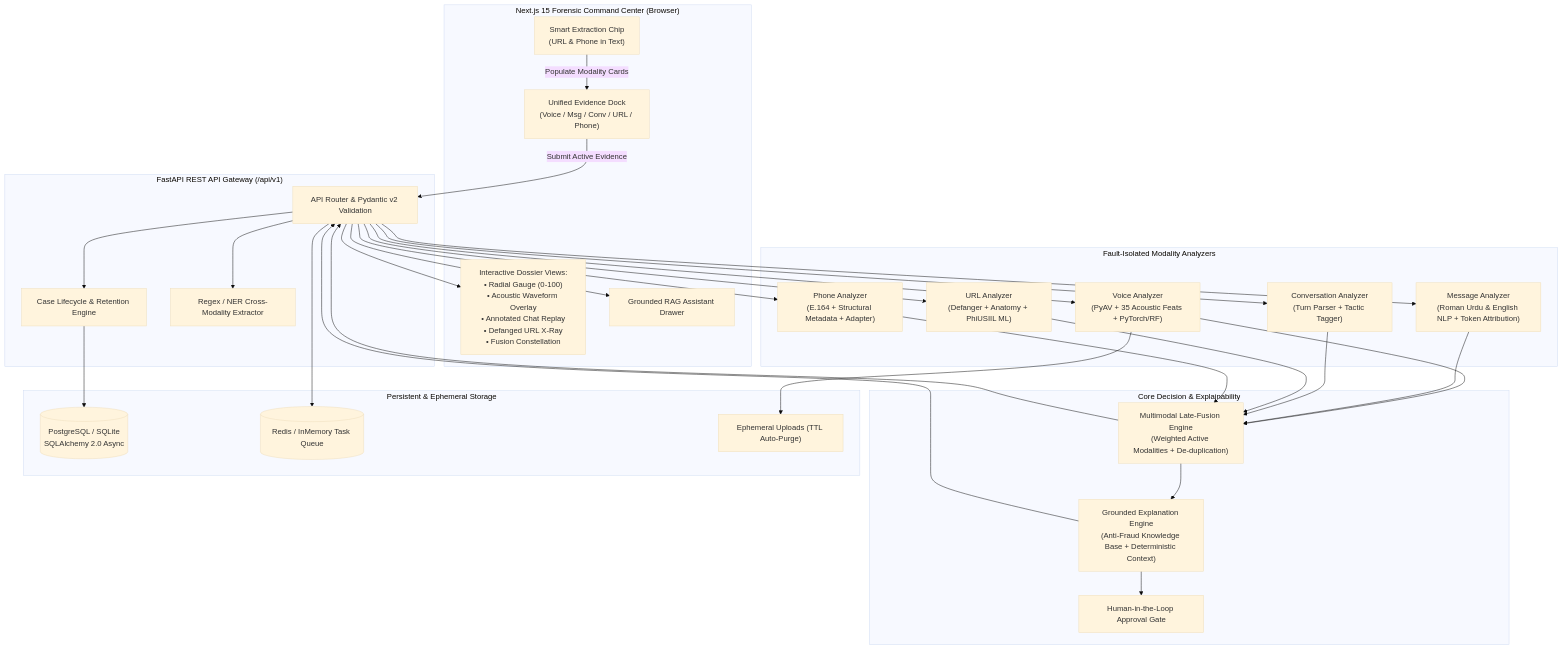
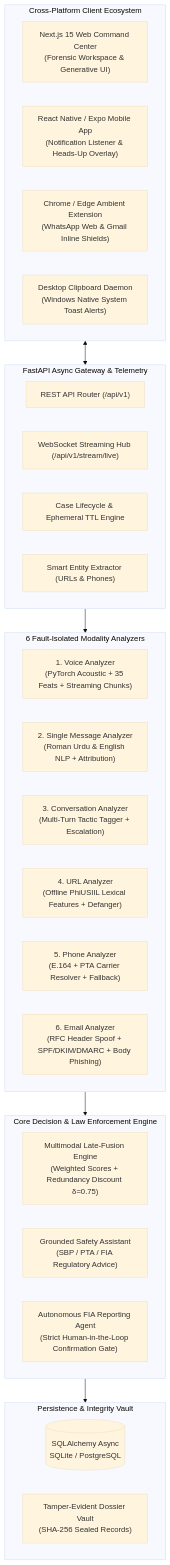
One commit to maryam441/Multimodal-Impersonation-and-Fraud-Analyzer changed the first of 2 diagrams in docs/ARCHITECTURE.md. Above: the diagram before and after it, drawn with Mermaid (base theme). The commit also changed other lines of this file, not shown here.

Commit message:
feat(arch): M01 technical architecture, websocket streaming protocol, and 6-modality pipeline

````diff
--- a/docs/ARCHITECTURE.md
+++ b/docs/ARCHITECTURE.md
@@ -26,51 +15,41 @@
 ```mermaid
 flowchart TD
-    subgraph Client["Next.js 15 Forensic Command Center (Browser)"]
-        UI_Dock["Unified Evidence Dock<br>(Voice / Msg / Conv / URL / Phone)"]
-        UI_Extract["Smart Extraction Chip<br>(URL & Phone in Text)"]
-        UI_Forensics["Interactive Dossier Views:<br>• Radial Gauge (0-100)<br>• Acoustic Waveform Overlay<br>• Annotated Chat Replay<br>• Defanged URL X-Ray<br>• Fusion Constellation"]
-        UI_RAG["Grounded RAG Assistant Drawer"]
+    subgraph Clients["Cross-Platform Client Ecosystem"]
+        Web["Next.js 15 Web Command Center<br>(Forensic Workspace & Generative UI)"]
+        Mobile["React Native / Expo Mobile App<br>(Notification Listener & Heads-Up Overlay)"]
+        Ext["Chrome / Edge Ambient Extension<br>(WhatsApp Web & Gmail Inline Shields)"]
+        Desktop["Desktop Clipboard Daemon<br>(Windows Native System Toast Alerts)"]
     end
 
-    subgraph Gateway["FastAPI REST API Gateway (/api/v1)"]
-        Router["API Router & Pydantic v2 Validation"]
-        AuthRet["Case Lifecycle & Retention Engine"]
-        ExtractService["Regex / NER Cross-Modality Extractor"]
+    subgraph Gateway["FastAPI Async Gateway & Telemetry"]
+        REST["REST API Router (/api/v1)"]
+        WS["WebSocket Streaming Hub (/api/v1/stream/live)"]
+        Auth["Case Lifecycle & Ephemeral TTL Engine"]
+        SmartExtract["Smart Entity Extractor (URLs & Phones)"]
     end
 
-    subgraph Pipeline["Fault-Isolated Modality Analyzers"]
-        VoiceA["Voice Analyzer<br>(PyAV + 35 Acoustic Feats + PyTorch/RF)"]
-        MsgA["Message Analyzer<br>(Roman Urdu & English NLP + Token Attribution)"]
-        ConvA["Conversation Analyzer<br>(Turn Parser + Tactic Tagger)"]
-        URLA["URL Analyzer<br>(Defanger + Anatomy + PhiUSIIL ML)"]
-        PhoneA["Phone Analyzer<br>(E.164 + Structural Metadata + Adapter)"]
+    subgraph Pipeline["6 Fault-Isolated Modality Analyzers"]
+        VoiceA["1. Voice Analyzer<br>(PyTorch Acoustic + 35 Feats + Streaming Chunks)"]
+        MsgA["2. Single Message Analyzer<br>(Roman Urdu & English NLP + Attribution)"]
+        ConvA["3. Conversation Analyzer<br>(Multi-Turn Tactic Tagger + Escalation)"]
+        URLA["4. URL Analyzer<br>(Offline PhiUSIIL Lexical Features + Defanger)"]
+        PhoneA["5. Phone Analyzer<br>(E.164 + PTA Carrier Resolver + Fallback)"]
+        EmailA["6. Email Analyzer<br>(RFC Header Spoof + SPF/DKIM/DMARC + Body Phishing)"]
     end
 
-    subgraph CoreEngine["Core Decision & Explainability"]
-        Fusion["Multimodal Late-Fusion Engine<br>(Weighted Active Modalities + De-duplication)"]
-        RAG["Grounded Explanation Engine<br>(Anti-Fraud Knowledge Base + Deterministic Context)"]
-        HITL["Human-in-the-Loop Approval Gate"]
+    subgraph Decision["Core Decision & Law Enforcement Engine"]
+        Fusion["Multimodal Late-Fusion Engine<br>(Weighted Scores + Redundancy Discount δ=0.75)"]
+        RAG["Grounded Safety Assistant<br>(SBP / PTA / FIA Regulatory Advice)"]
+        FIA["Autonomous FIA Reporting Agent<br>(Strict Human-in-the-Loop Confirmation Gate)"]
     end
 
-    subgraph Storage["Persistent & Ephemeral Storage"]
-        DB[(PostgreSQL / SQLite<br>SQLAlchemy 2.0 Async)]
-        Cache[(Redis / InMemory Task Queue)]
-        FileStore["Ephemeral Uploads (TTL Auto-Purge)"]
+    subgraph Storage["Persistence & Integrity Vault"]
+        DB[(SQLAlchemy Async<br>SQLite / PostgreSQL)]
+        Vault["Tamper-Evident Dossier Vault<br>(SHA-256 Sealed Records)"]
     end
 
-    UI_Dock -->|Submit Active Evidence| Router
-    UI_Extract -->|Populate Modality Cards| UI_Dock
-    Router --> AuthRet
-    Router --> ExtractService
-    Router --> VoiceA & MsgA & ConvA & URLA & PhoneA
-
-    VoiceA & MsgA & ConvA & URLA & PhoneA --> Fusion
-    Fusion --> RAG
-    RAG --> HITL
-    Fusion & RAG --> Router
-    Router --> UI_Forensics & UI_RAG
-
-    AuthRet --> DB
-    Router --> Cache
-    VoiceA --> FileStore
+    Clients <--> Gateway
+    Gateway --> Pipeline
+    Pipeline --> Decision
+    Decision --> Storage
 ```
````
